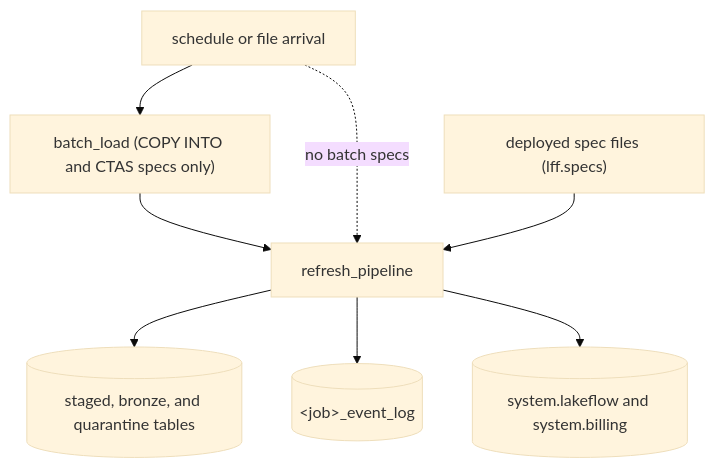
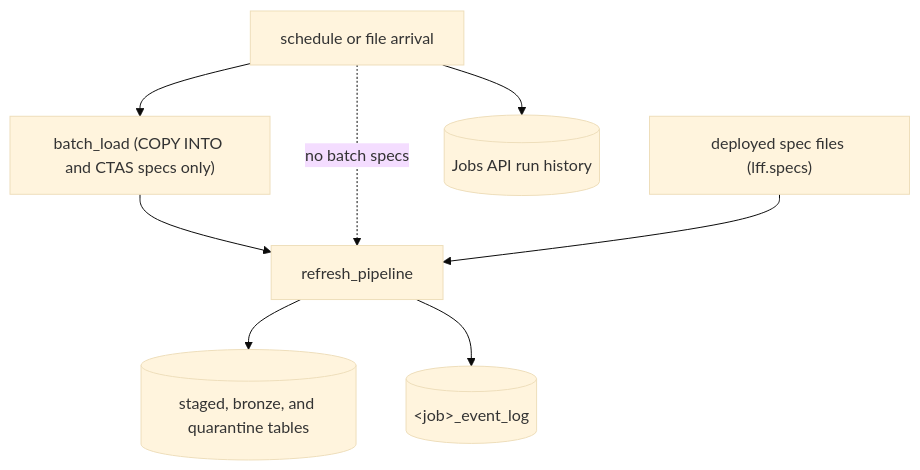
One commit to NitinKeshavB/framework changed the second of 9 diagrams in framework_docs/ARCHITECTURE.md. Above: the diagram before and after it, drawn with Mermaid (base theme). The commit also changed other lines of this file and 14 other files, not shown here.

First line of the commit message:
Run status without system table grants; system views optional per target

````diff
--- a/framework_docs/ARCHITECTURE.md
+++ b/framework_docs/ARCHITECTURE.md
@@ -66,10 +67,10 @@
 ```mermaid
 flowchart TD
   trigger[schedule or file arrival] --> batchLoad["batch_load (COPY INTO and CTAS specs only)"]
   batchLoad --> refresh[refresh_pipeline]
   trigger -. no batch specs .-> refresh
   specs["deployed spec files (lff.specs)"] --> refresh
   refresh --> tables[(staged, bronze, and quarantine tables)]
   refresh --> eventLog[("&lt;job&gt;_event_log")]
-  refresh --> systemTables[(system.lakeflow and system.billing)]
+  trigger --> jobsApi[(Jobs API run history)]
 ```
````
